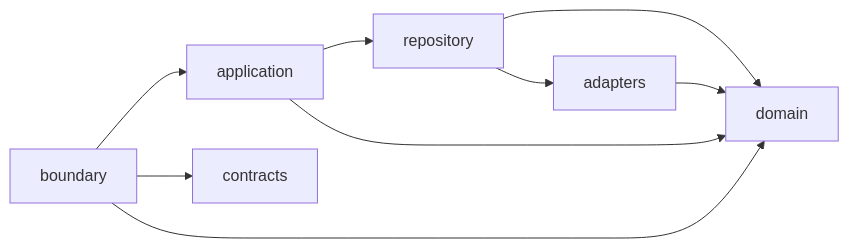
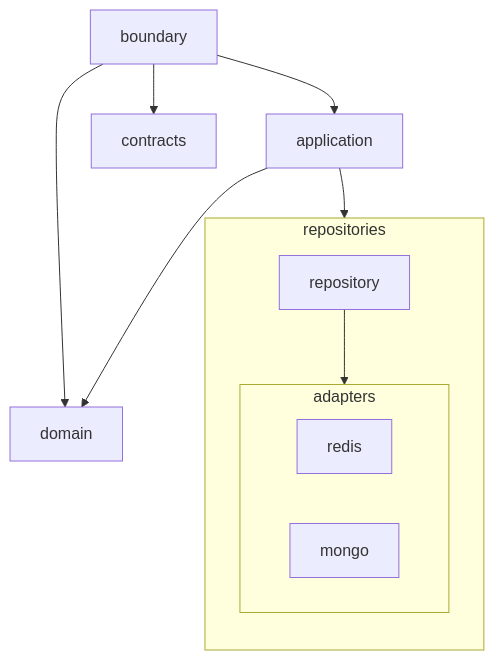
One commit to adesso-austria/workshop-architectures-love-js changed the first of 2 diagrams in docs/Backend Architecture.md. Above: the diagram before and after it, drawn with Mermaid. The commit also changed other lines of this file, not shown here.

Commit message:
feat(backend): improve architecture

````diff
--- a/docs/Backend Architecture.md
+++ b/docs/Backend Architecture.md
@@ -1,7 +2,14 @@
 ```mermaid
-flowchart LR
-repository-->domain & adapters
-adapters-->domain
-application-->domain & repository
+flowchart
+domain
+subgraph repositories
+	direction TB
+	repository-->adapters
+end
+subgraph adapters
+	redis
+	mongo
+end
+application-->domain & repositories
 boundary-->domain & contracts & application
 ```
````
